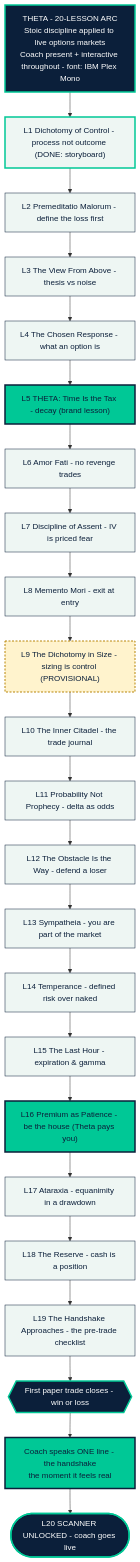
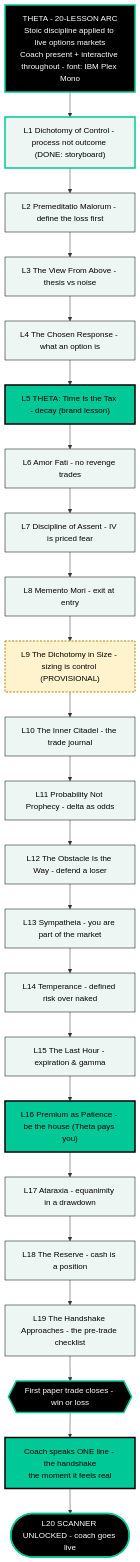
One commit to Dr-Duner/Dr-Duner changed the diagram in theta/lesson-arc.mmd. Above: the diagram before and after it, drawn with Mermaid. The commit also changed 11 other files, not shown here.

```diff
--- a/theta/lesson-arc.mmd
+++ b/theta/lesson-arc.mmd
@@ -1,30 +1,30 @@
 flowchart TB
   T["THETA - 20-LESSON ARC<br/>Stoic discipline applied to live options markets<br/>Coach present + interactive throughout - font: IBM Plex Mono"]:::brand
   T --> L1["L1 Dichotomy of Control - process not outcome (DONE: storyboard)"]:::done
   L1 --> L2["L2 Premeditatio Malorum - define the loss first"]:::shot
   L2 --> L3["L3 The View From Above - thesis vs noise"]:::shot
   L3 --> L4["L4 The Chosen Response - what an option is"]:::shot
   L4 --> L5["L5 THETA: Time Is the Tax - decay (brand lesson)"]:::nova
   L5 --> L6["L6 Amor Fati - no revenge trades"]:::shot
   L6 --> L7["L7 Discipline of Assent - IV is priced fear"]:::shot
   L7 --> L8["L8 Memento Mori - exit at entry"]:::shot
   L8 --> L9["L9 The Dichotomy in Size - sizing is control (PROVISIONAL)"]:::prov
   L9 --> L10["L10 The Inner Citadel - the trade journal"]:::shot
   L10 --> L11["L11 Probability Not Prophecy - delta as odds"]:::shot
   L11 --> L12["L12 The Obstacle Is the Way - defend a loser"]:::shot
   L12 --> L13["L13 Sympatheia - you are part of the market"]:::shot
   L13 --> L14["L14 Temperance - defined risk over naked"]:::shot
   L14 --> L15["L15 The Last Hour - expiration & gamma"]:::shot
   L15 --> L16["L16 Premium as Patience - be the house (Theta pays you)"]:::nova
   L16 --> L17["L17 Ataraxia - equanimity in a drawdown"]:::shot
   L17 --> L18["L18 The Reserve - cash is a position"]:::shot
   L18 --> L19["L19 The Handshake Approaches - the pre-trade checklist"]:::shot
   L19 --> HS{{First paper trade closes - win or loss}}:::brand
   HS --> ONE["Coach speaks ONE line - the handshake<br/>the moment it feels real"]:::nova
   ONE --> L20(["L20 SCANNER UNLOCKED - coach goes live"]):::brand
 
-  classDef brand fill:#0b1f3a,color:#ffffff,stroke:#00c896,stroke-width:3px;
-  classDef nova fill:#00c896,color:#0b1f3a,stroke:#0b1f3a,stroke-width:3px;
-  classDef shot fill:#eef6f3,color:#0b1f3a,stroke:#0b1f3a,stroke-width:1px;
-  classDef done fill:#eef6f3,color:#0b1f3a,stroke:#00c896,stroke-width:3px;
-  classDef prov fill:#fff3cd,color:#0b1f3a,stroke:#b8860b,stroke-width:2px,stroke-dasharray:4 3;
+  classDef brand fill:#000000,color:#ffffff,stroke:#00c896,stroke-width:3px;
+  classDef nova fill:#00c896,color:#000000,stroke:#000000,stroke-width:3px;
+  classDef shot fill:#eef6f3,color:#000000,stroke:#000000,stroke-width:1px;
+  classDef done fill:#eef6f3,color:#000000,stroke:#00c896,stroke-width:3px;
+  classDef prov fill:#fff3cd,color:#000000,stroke:#b8860b,stroke-width:2px,stroke-dasharray:4 3;
```
